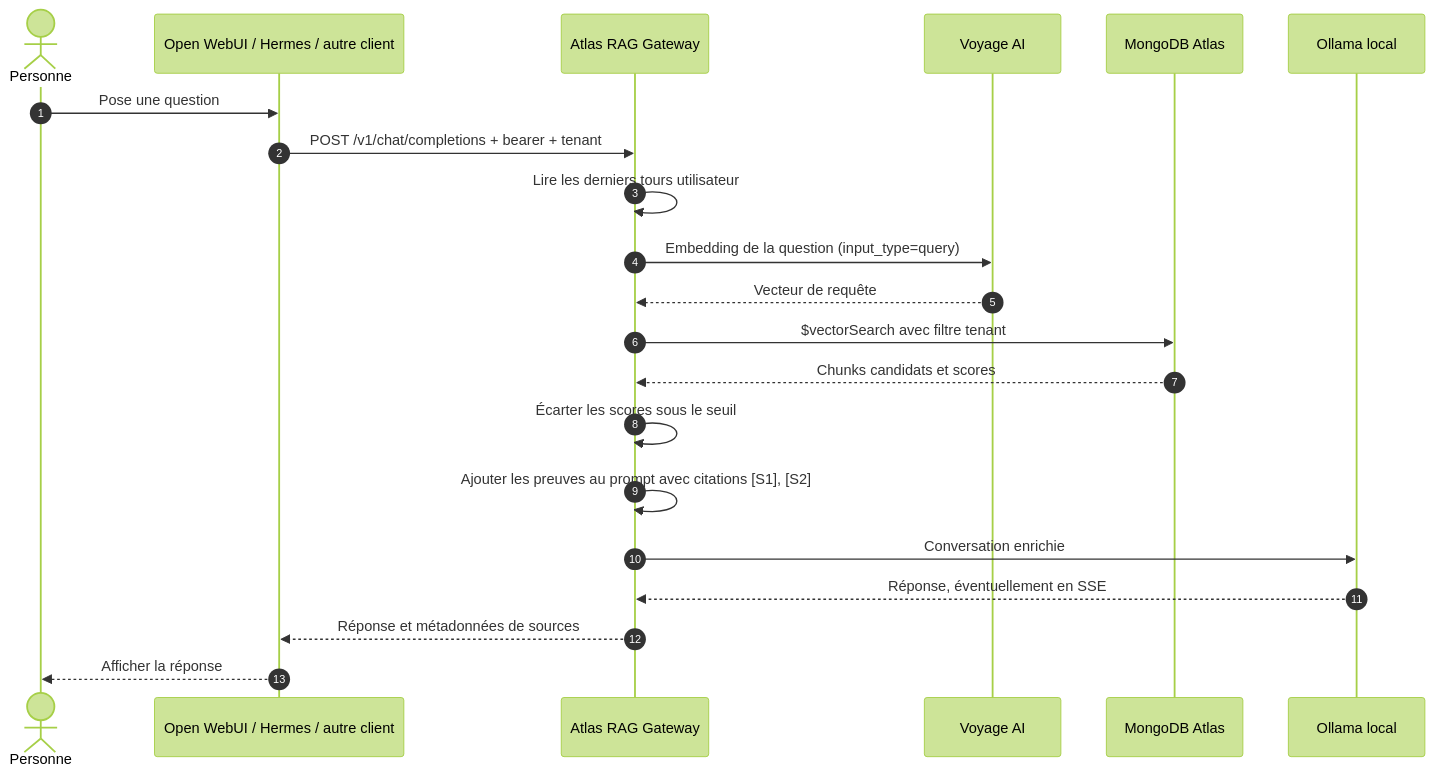
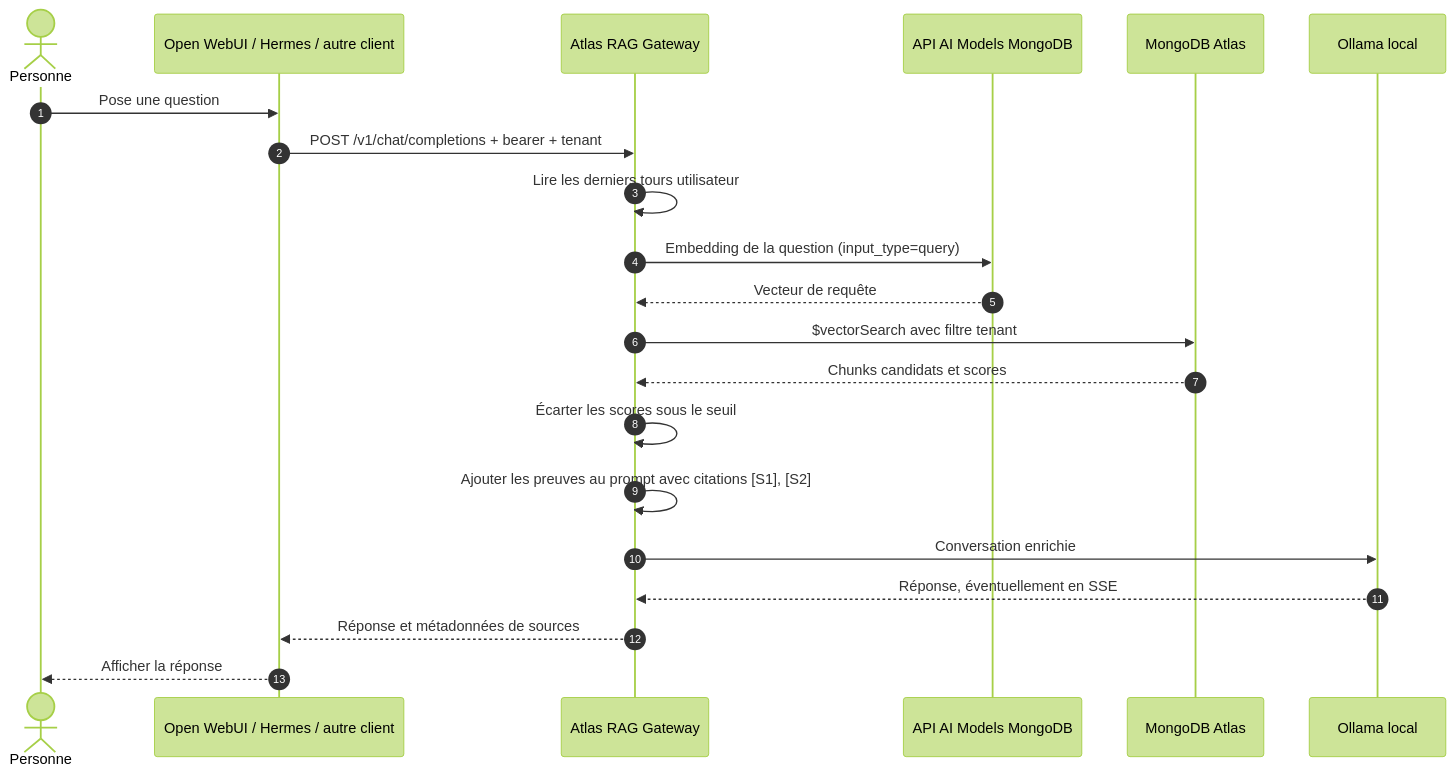
One commit to vthinsel/RAG_Gateway changed the third of 3 diagrams in docs/guide-debutant-rag-gateway.md. Above: the diagram before and after it, drawn with Mermaid (forest theme). The commit also changed other lines of this file and 13 other files, not shown here.

Commit message:
mongo/voyage credentials and endpoints reviewed

````diff
--- a/docs/guide-debutant-rag-gateway.md
+++ b/docs/guide-debutant-rag-gateway.md
@@ -191,24 +191,24 @@
 ```mermaid
 sequenceDiagram
     autonumber
     actor Personne
     participant Client as Open WebUI / Hermes / autre client
     participant GW as Atlas RAG Gateway
-    participant Voyage as Voyage AI
+    participant Voyage as API AI Models MongoDB
     participant Atlas as MongoDB Atlas
     participant Ollama as Ollama local
 
     Personne->>Client: Pose une question
     Client->>GW: POST /v1/chat/completions + bearer + tenant
     GW->>GW: Lire les derniers tours utilisateur
     GW->>Voyage: Embedding de la question (input_type=query)
     Voyage-->>GW: Vecteur de requête
     GW->>Atlas: $vectorSearch avec filtre tenant
     Atlas-->>GW: Chunks candidats et scores
     GW->>GW: Écarter les scores sous le seuil
     GW->>GW: Ajouter les preuves au prompt avec citations [S1], [S2]
     GW->>Ollama: Conversation enrichie
     Ollama-->>GW: Réponse, éventuellement en SSE
     GW-->>Client: Réponse et métadonnées de sources
     Client-->>Personne: Afficher la réponse
 ```
````
